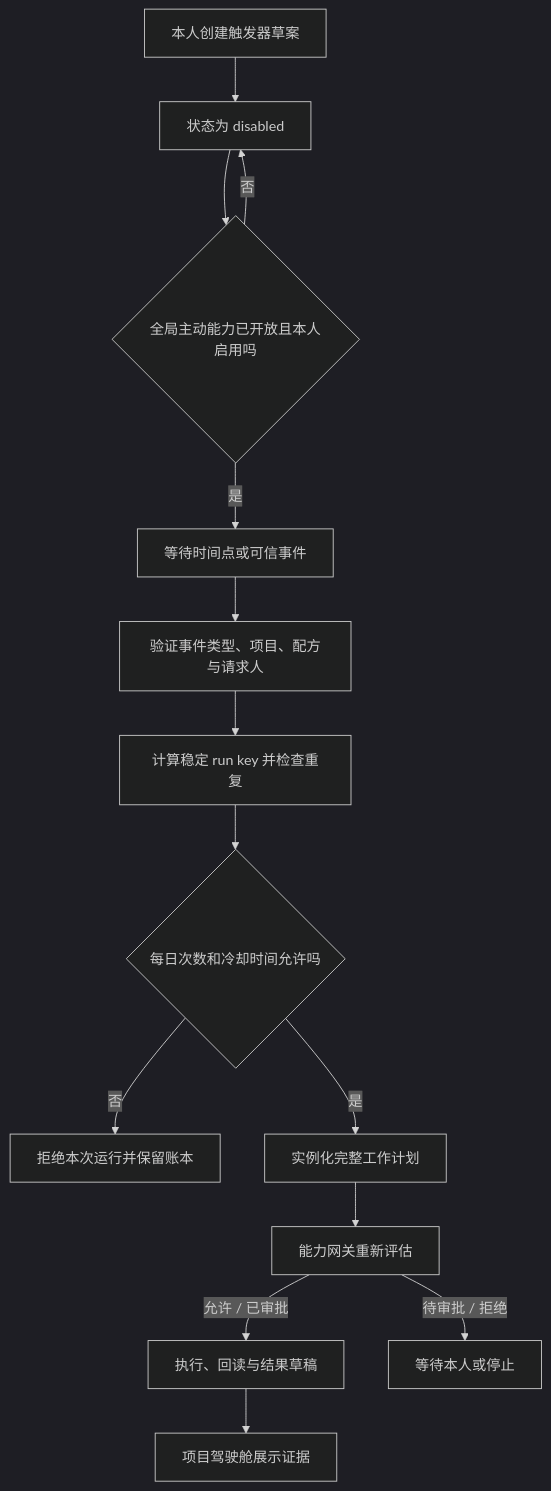
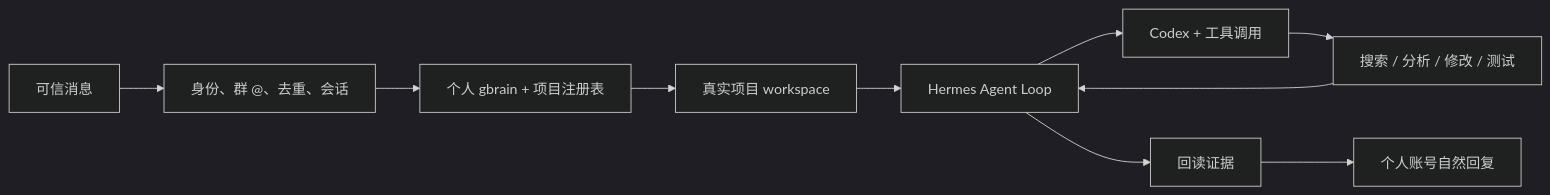
The diagram in docs/产品需求文档.md (ruiwang20010702/ai-employee), drawn with Mermaid (dark theme) before and after one commit. The commit also changed other lines of this file and 70 other files, not shown here.

````diff
--- a/docs/产品需求文档.md
+++ b/docs/产品需求文档.md
@@ -253,16 +41,12 @@
 ```mermaid
-flowchart TD
-    A["本人创建触发器草案"] --> B["状态为 disabled"]
-    B --> C{"全局主动能力已开放且本人启用吗"}
-    C -->|"否"| B
-    C -->|"是"| D["等待时间点或可信事件"]
-    D --> E["验证事件类型、项目、配方与请求人"]
-    E --> F["计算稳定 run key 并检查重复"]
-    F --> G{"每日次数和冷却时间允许吗"}
-    G -->|"否"| H["拒绝本次运行并保留账本"]
-    G -->|"是"| I["实例化完整工作计划"]
-    I --> J["能力网关重新评估"]
-    J -->|"允许 / 已审批"| K["执行、回读与结果草稿"]
-    J -->|"待审批 / 拒绝"| L["等待本人或停止"]
-    K --> M["项目驾驶舱展示证据"]
+flowchart LR
+    A["可信消息"] --> B["身份、群 @、去重、会话"]
+    B --> C["个人 gbrain + 项目注册表"]
+    C --> D["真实项目 workspace"]
+    D --> E["Hermes Agent Loop"]
+    E --> F["Codex + 工具调用"]
+    F --> G["搜索 / 分析 / 修改 / 测试"]
+    G --> E
+    E --> H["回读证据"]
+    H --> I["个人账号自然回复"]
 ```
````
